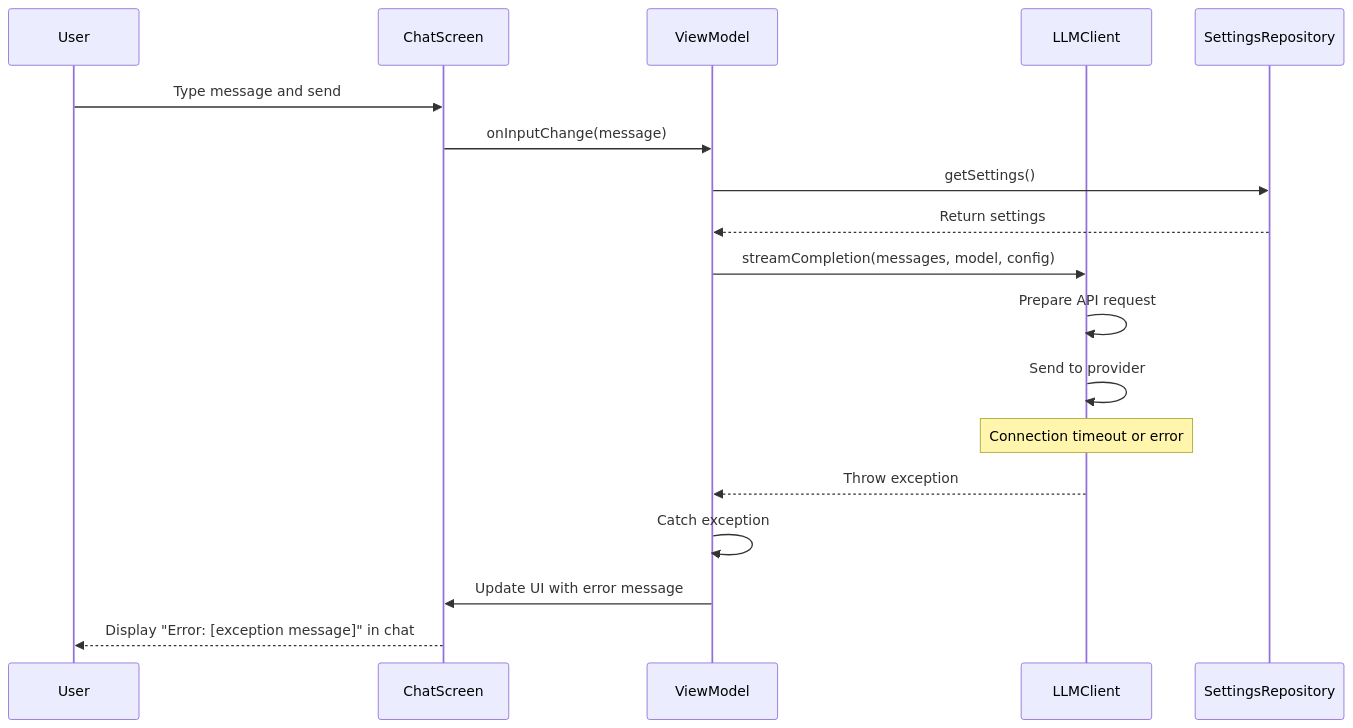
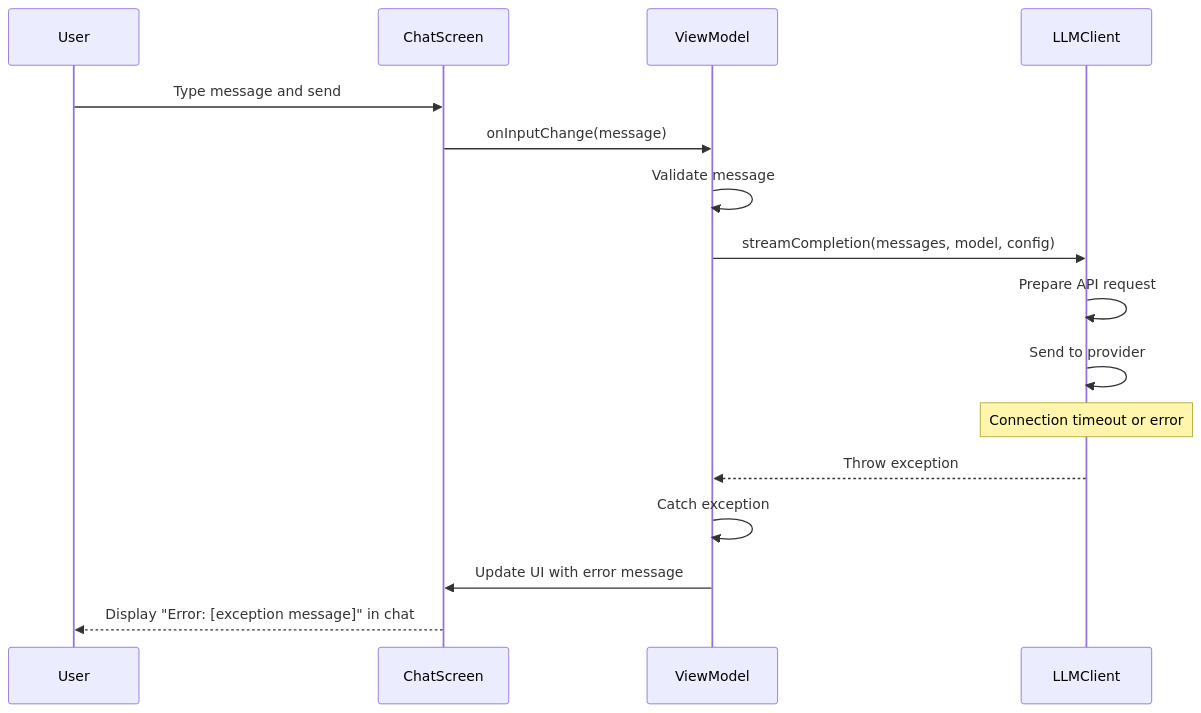
Before and after one commit to lehoang318/buddy: the seventh of 10 diagrams in docs/seq_chat.md, drawn with Mermaid. The commit also changed other lines of this file and 9 other files, not shown here.

````diff
--- a/docs/seq_chat.md
+++ b/docs/seq_chat.md
@@ -182,21 +181,19 @@
 ```mermaid
 sequenceDiagram
     participant User
     participant ChatScreen
     participant ViewModel
     participant LLMClient
-    participant SettingsRepository
 
     User->>ChatScreen: Type message and send
     ChatScreen->>ViewModel: onInputChange(message)
-    ViewModel->>SettingsRepository: getSettings()
-    SettingsRepository-->>ViewModel: Return settings
+    ViewModel->>ViewModel: Validate message
     ViewModel->>LLMClient: streamCompletion(messages, model, config)
     LLMClient->>LLMClient: Prepare API request
     LLMClient->>LLMClient: Send to provider
     Note over LLMClient: Connection timeout or error
     LLMClient-->>ViewModel: Throw exception
     ViewModel->>ViewModel: Catch exception
     ViewModel->>ChatScreen: Update UI with error message
     ChatScreen-->>User: Display "Error: [exception message]" in chat
 ```
````
